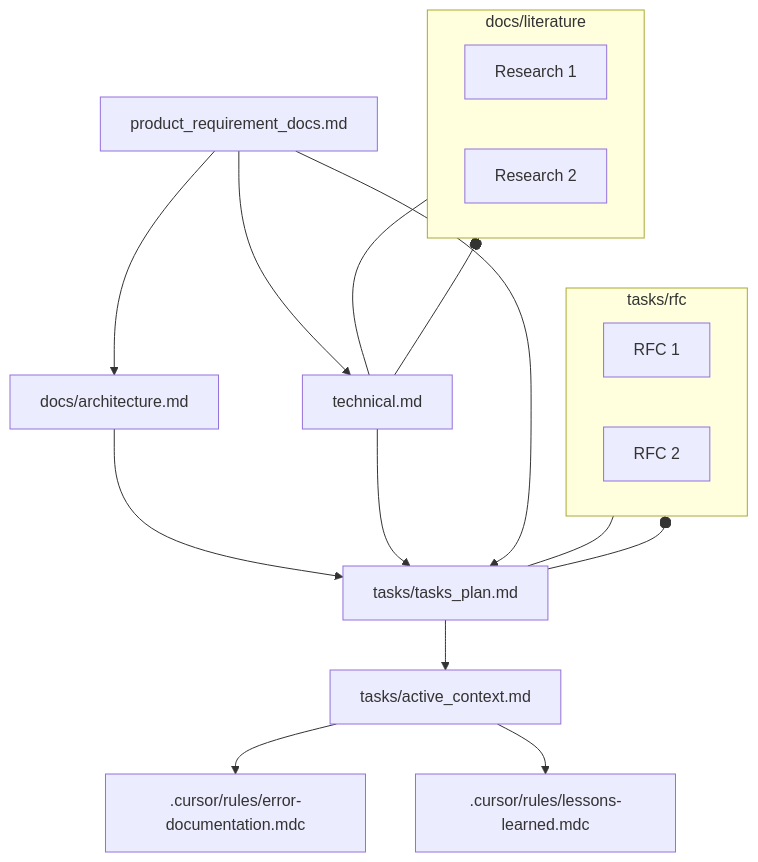
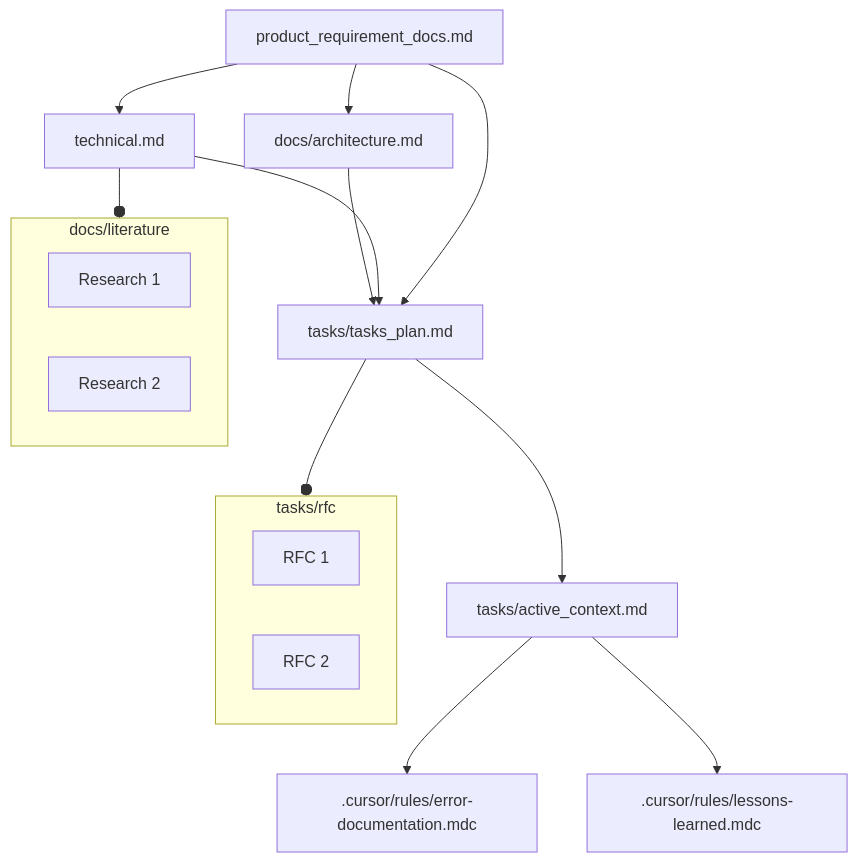
One commit to jacobcy/test-demo-repo changed the second of 3 diagrams in README.md. Above: the diagram before and after it, drawn with Mermaid. The commit also changed other lines of this file and 13 other files, not shown here.

````diff
--- a/README.md
+++ b/README.md
@@ -172,30 +185,29 @@
 ```mermaid
 flowchart TD
     PRD[product_requirement_docs.md] --> TECH[technical.md]
     PRD --> ARCH[docs/architecture.md]
 
     ARCH --> TASKS[tasks/tasks_plan.md]
     TECH --> TASKS
     PRD --> TASKS
 
     TASKS --> ACTIVE[tasks/active_context.md]
 
     ACTIVE --> ERROR[.cursor/rules/error-documentation.mdc]
     ACTIVE --> LEARN[.cursor/rules/lessons-learned.mdc]
 
     subgraph LIT[docs/literature]
         L1[Research 1]
         L2[Research 2]
     end
 
     subgraph RFC[tasks/rfc]
         R1[RFC 1]
         R2[RFC 2]
     end
 
     TECH --o LIT
     TASKS --o RFC
 
-    LIT --- TECH
-    RFC --- TASKS
+  
 ```
````
